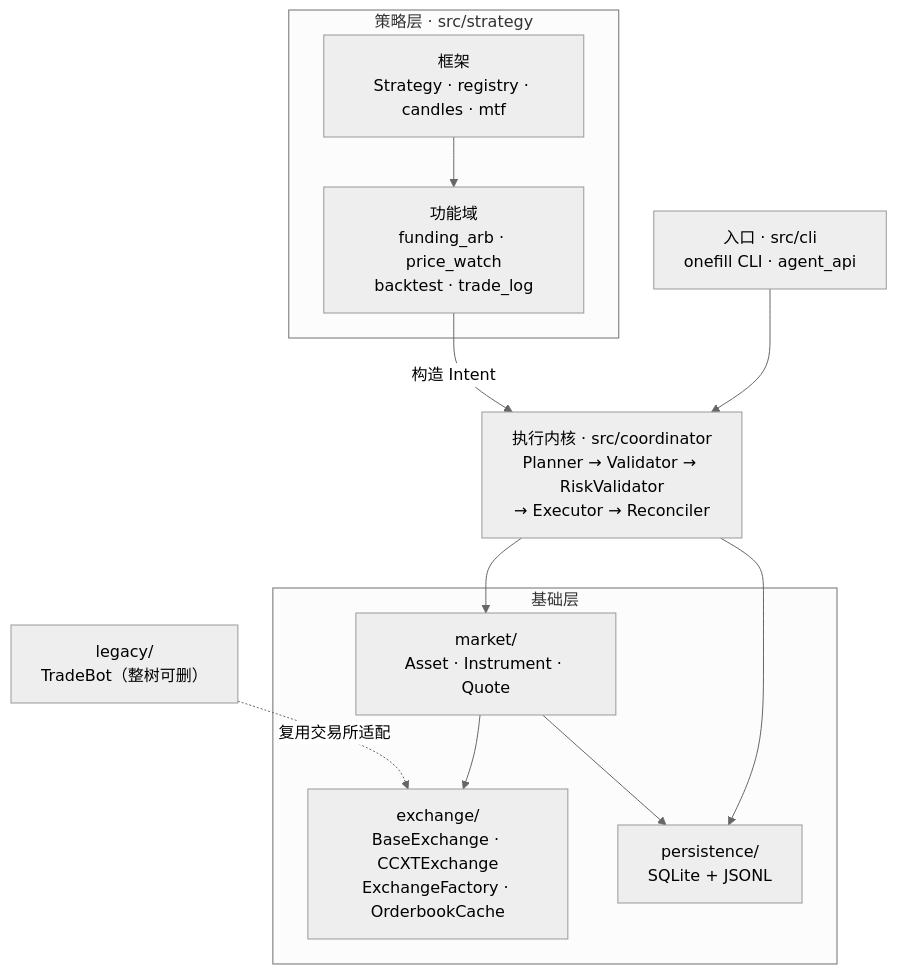
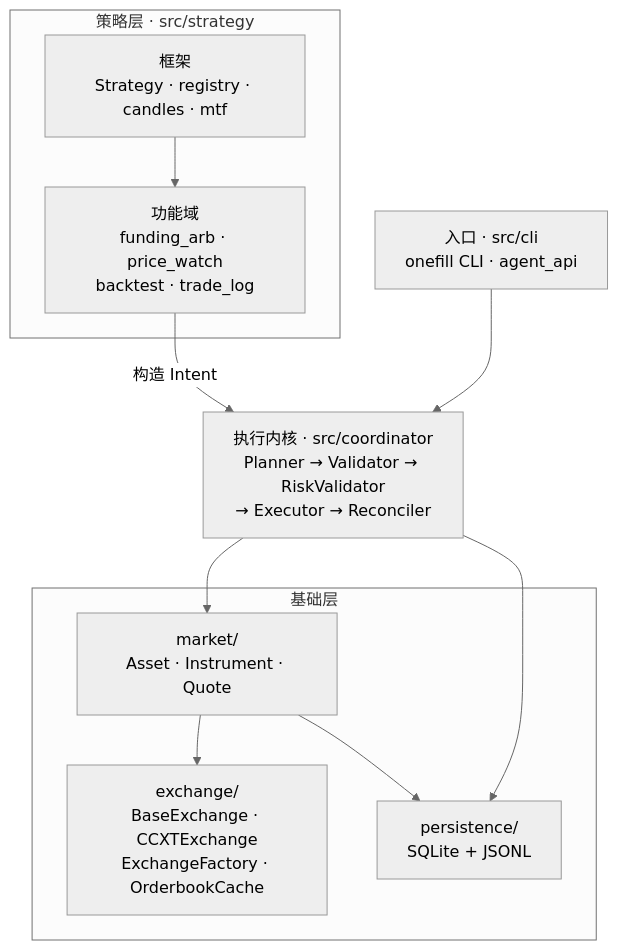
Before and after one commit to 0xkayne/OmniTrade: the diagram in README.md, drawn with Mermaid (neutral theme). The commit also changed other lines of this file and 22 other files, not shown here.

First line of the commit message:
refactor: delete the legacy bot

````diff
--- a/README.md
+++ b/README.md
@@ -306,28 +306,25 @@
 ```mermaid
 flowchart TB
     CLI["入口 · src/cli<br/>onefill CLI · agent_api"]
 
     subgraph STRAT["策略层 · src/strategy"]
         FRAME["框架<br/>Strategy · registry · candles · mtf"]
         FEAT["功能域<br/>funding_arb · price_watch<br/>backtest · trade_log"]
     end
 
     CORE["执行内核 · src/coordinator<br/>Planner → Validator → RiskValidator<br/>→ Executor → Reconciler"]
 
     subgraph BASE["基础层"]
         MARKET["market/<br/>Asset · Instrument · Quote"]
         EXCH["exchange/<br/>BaseExchange · CCXTExchange<br/>ExchangeFactory · OrderbookCache"]
         PERSIST["persistence/<br/>SQLite + JSONL"]
     end
 
-    LEGACY["legacy/<br/>TradeBot（整树可删）"]
-
     CLI --> CORE
     FRAME --> FEAT
     FEAT -->|构造 Intent| CORE
     CORE --> MARKET
     CORE --> PERSIST
     MARKET --> EXCH
     MARKET --> PERSIST
-    LEGACY -.->|复用交易所适配| EXCH
 ```
````
